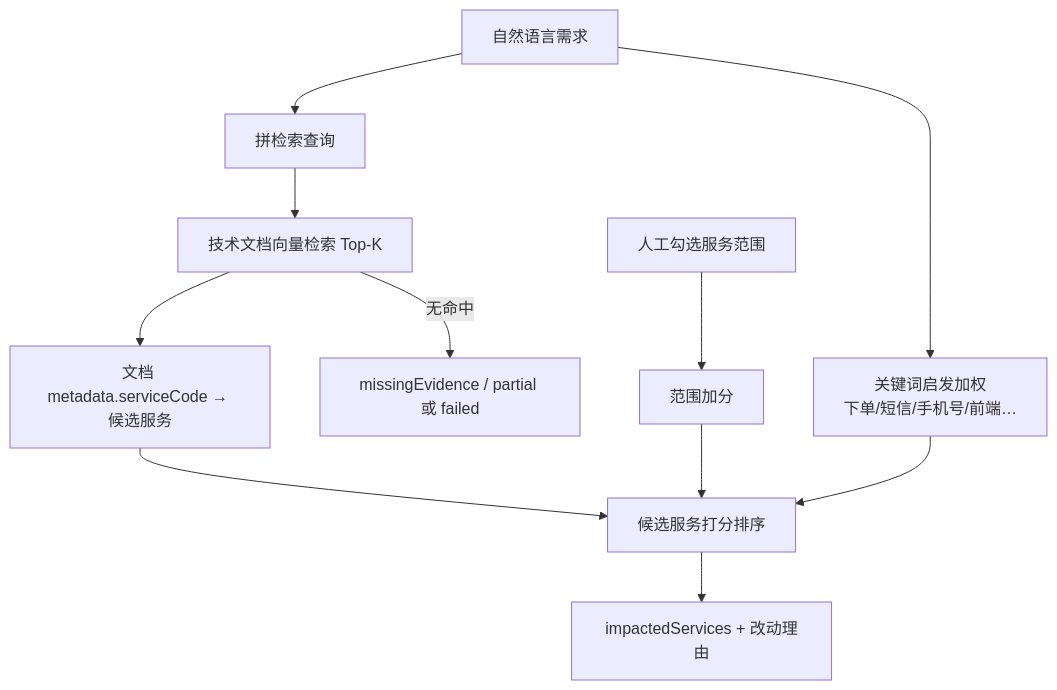
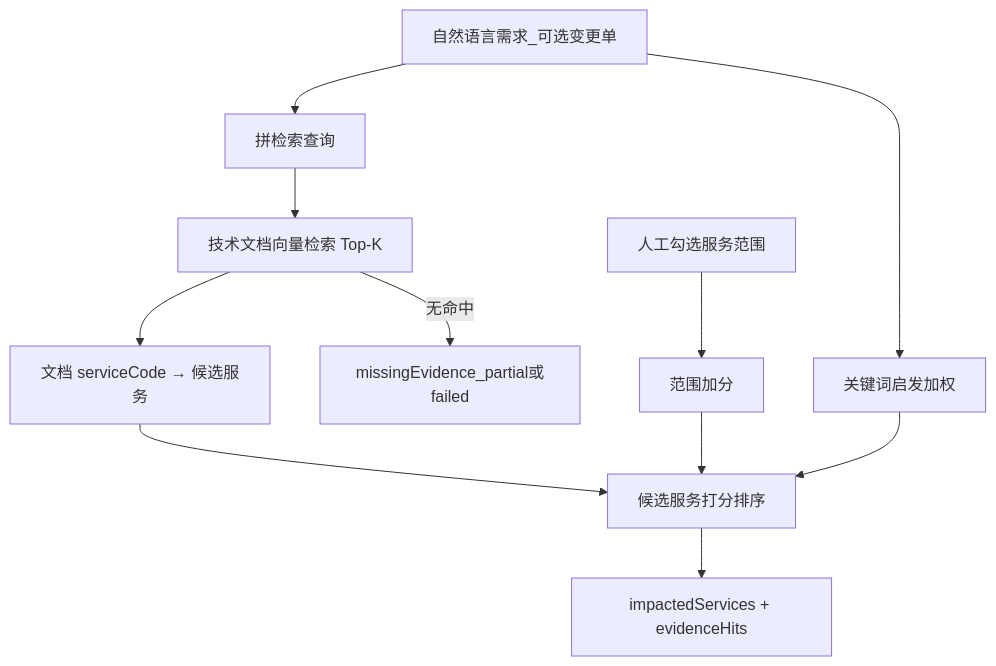
One commit to farhub-wq/AI- changed the second of 4 diagrams in 项目说明.md. Above: the diagram before and after it, drawn with Mermaid. The commit also changed other lines of this file and 17 other files, not shown here.

````diff
--- a/项目说明.md
+++ b/项目说明.md
@@ -166,13 +146,13 @@
 ```mermaid
 flowchart TD
-  R[自然语言需求] --> Q[拼检索查询]
+  R[自然语言需求_可选变更单] --> Q[拼检索查询]
   Q --> V[技术文档向量检索 Top-K]
-  V --> M[文档 metadata.serviceCode → 候选服务]
-  R --> H[关键词启发加权<br/>下单/短信/手机号/前端…]
+  V --> M["文档 serviceCode → 候选服务"]
+  R --> H[关键词启发加权]
   S[人工勾选服务范围] --> B[范围加分]
   M --> C[候选服务打分排序]
   H --> C
   B --> C
-  C --> I[impactedServices + 改动理由]
-  V -->|无命中| E[missingEvidence / partial 或 failed]
+  C --> I[impactedServices + evidenceHits]
+  V -->|无命中| E[missingEvidence_partial或failed]
 ```
````
